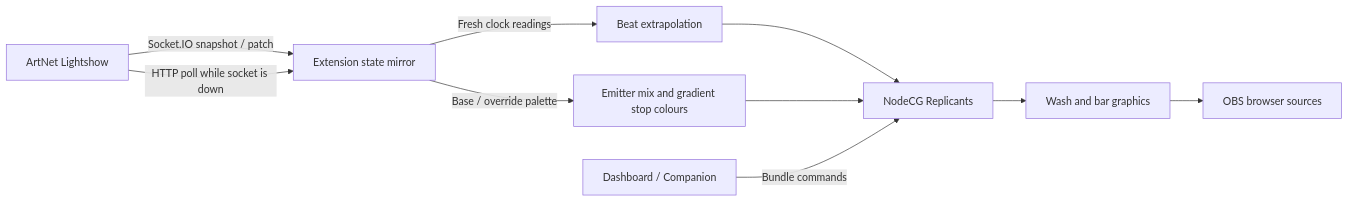
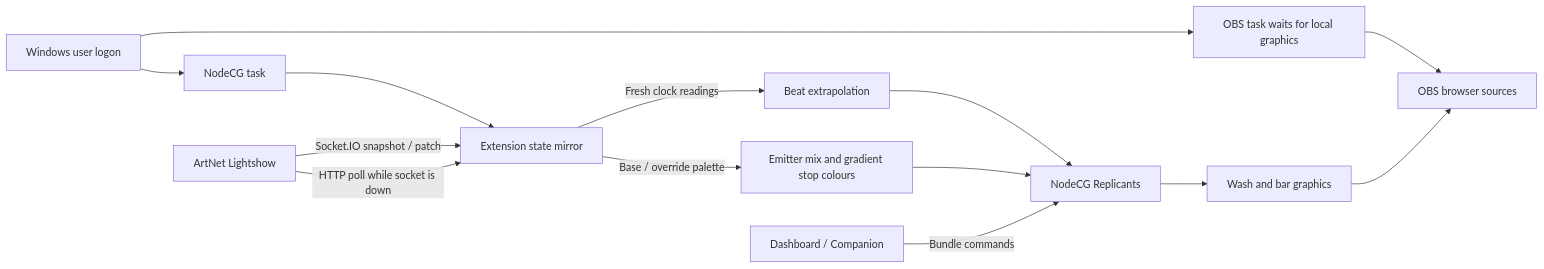
The diagram in README.md (tyclab/party-visuals), drawn with Mermaid before and after one commit. The commit also changed other lines of this file and 4 other files, not shown here.

````diff
--- a/README.md
+++ b/README.md
@@ -239,12 +260,16 @@
 ```mermaid
 flowchart LR
+  Logon[Windows user logon] --> NodeTask[NodeCG task]
+  NodeTask --> Mirror
+  Logon --> OBSLauncher[OBS task waits for local graphics]
+  OBSLauncher --> OBS
   Lightshow[ArtNet Lightshow] -->|Socket.IO snapshot / patch| Mirror[Extension state mirror]
   Lightshow -->|HTTP poll while socket is down| Mirror
   Mirror -->|Fresh clock readings| Clock[Beat extrapolation]
   Mirror -->|Base / override palette| Colours[Emitter mix and gradient stop colours]
   Clock --> Replicants[NodeCG Replicants]
   Colours --> Replicants
   Replicants --> Graphics[Wash and bar graphics]
   Graphics --> OBS[OBS browser sources]
   Controls[Dashboard / Companion] -->|Bundle commands| Replicants
 ```
````
